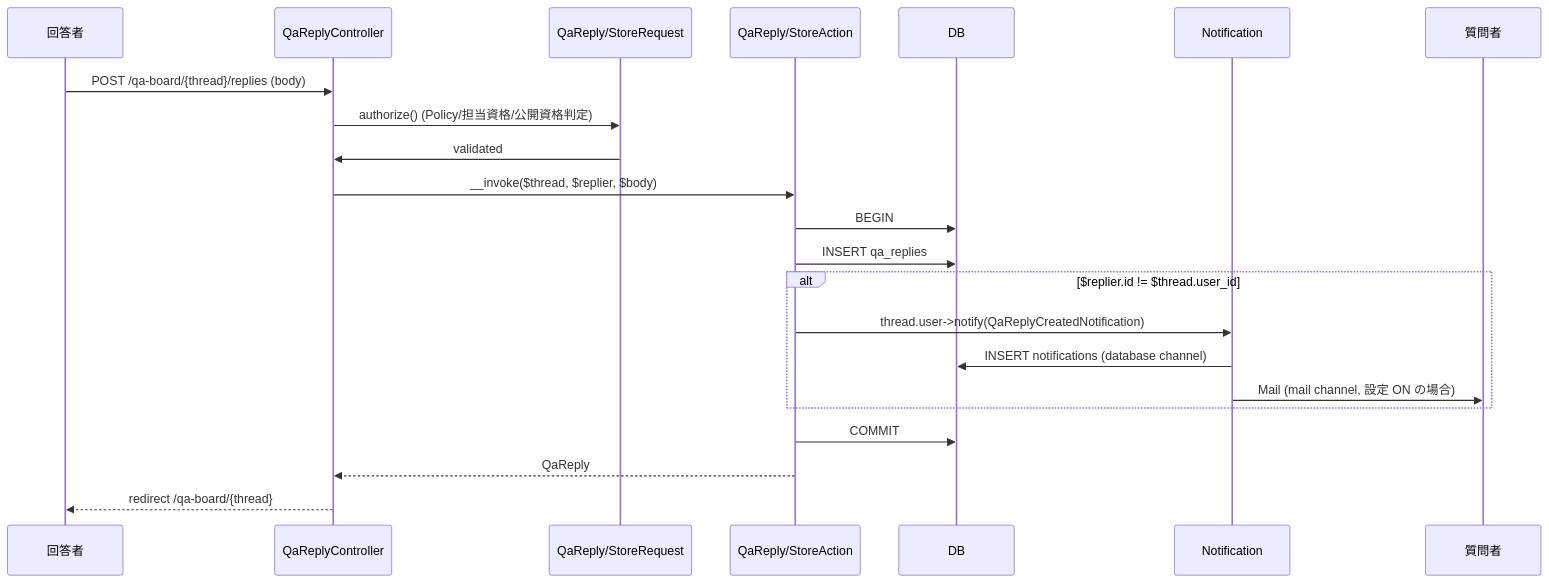
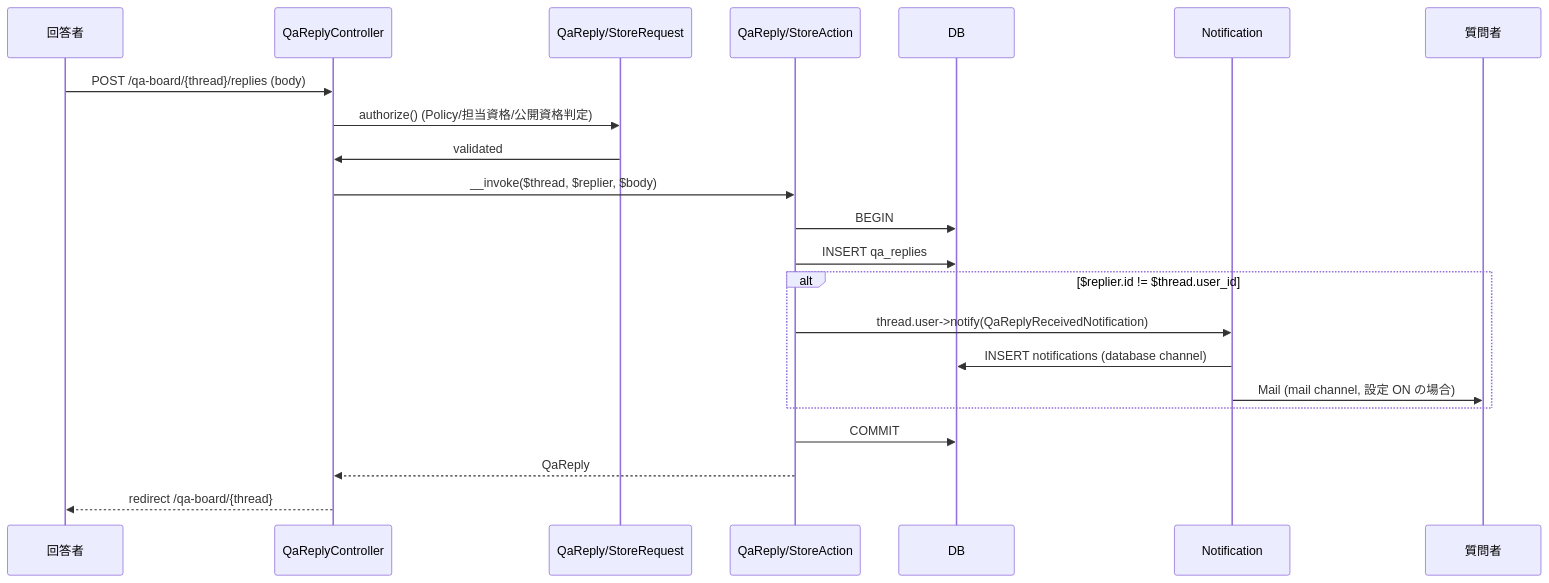
One commit to coachtech-mockcase-second/ExampleAnswer-mockcase-CertifyLMS changed the second of 5 diagrams in docs/specs/qa-board/design.md. Above: the diagram before and after it, drawn with Mermaid. The commit also changed other lines of this file and 67 other files, not shown here.

````diff
--- a/docs/specs/qa-board/design.md
+++ b/docs/specs/qa-board/design.md
@@ -30,25 +30,25 @@
 ```mermaid
 sequenceDiagram
     participant R as 回答者
     participant RC as QaReplyController
     participant RR as QaReply/StoreRequest
     participant RA as QaReply/StoreAction
     participant DB as DB
     participant Notif as Notification
     participant Author as 質問者
 
     R->>RC: POST /qa-board/{thread}/replies (body)
     RC->>RR: authorize() (Policy/担当資格/公開資格判定)
     RR->>RC: validated
     RC->>RA: __invoke($thread, $replier, $body)
     RA->>DB: BEGIN
     RA->>DB: INSERT qa_replies
     alt $replier.id != $thread.user_id
-        RA->>Notif: thread.user->notify(QaReplyCreatedNotification)
+        RA->>Notif: thread.user->notify(QaReplyReceivedNotification)
         Notif->>DB: INSERT notifications (database channel)
         Notif->>Author: Mail (mail channel, 設定 ON の場合)
     end
     RA->>DB: COMMIT
     RA-->>RC: QaReply
     RC-->>R: redirect /qa-board/{thread}#reply-{ulid}
 ```
````
